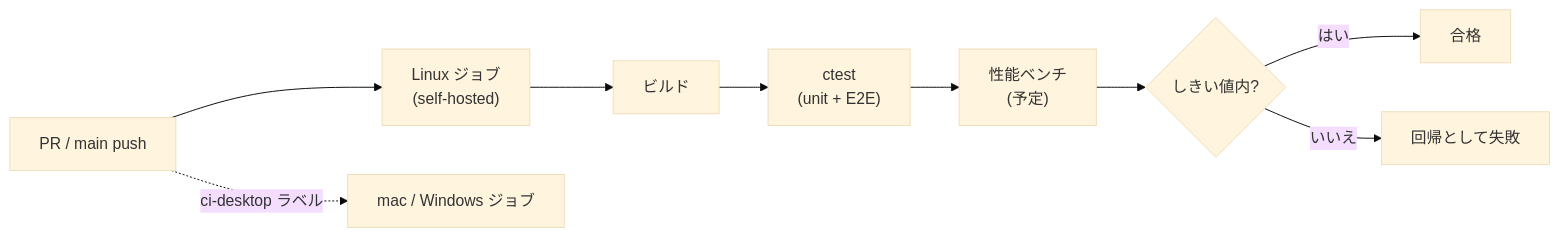
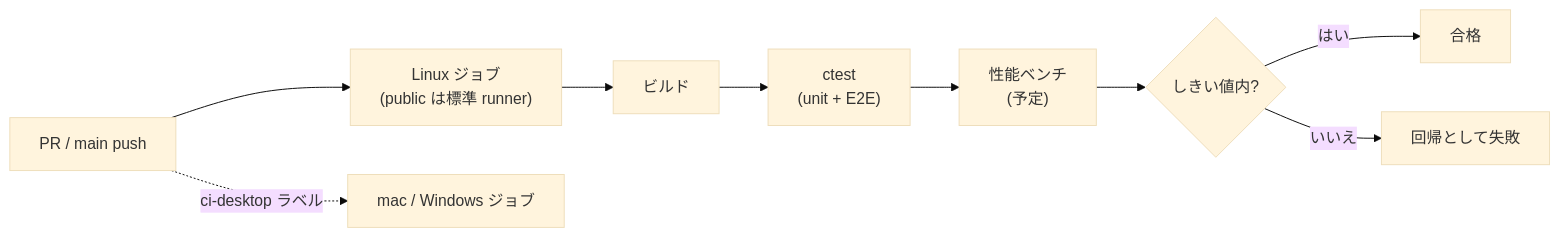
Before and after one commit to hang-up33/hmi-platform: the diagram in Docs/requirements/11-quality-ops.md, drawn with Mermaid (base theme). The commit also changed other lines of this file and 25 other files, not shown here.

````diff
--- a/Docs/requirements/11-quality-ops.md
+++ b/Docs/requirements/11-quality-ops.md
@@ -40,11 +40,11 @@
 ```mermaid
 flowchart LR
-    PR["PR / main push"] --> L["Linux ジョブ<br/>(self-hosted)"]
+    PR["PR / main push"] --> L["Linux ジョブ<br/>(public は標準 runner)"]
     L --> B["ビルド"]
     B --> T["ctest<br/>(unit + E2E)"]
     T --> P["性能ベンチ<br/>(予定)"]
     P --> R{"しきい値内?"}
     R -- はい --> OK["合格"]
     R -- いいえ --> NG["回帰として失敗"]
     PR -. ci-desktop ラベル .-> D["mac / Windows ジョブ"]
 ```
````
